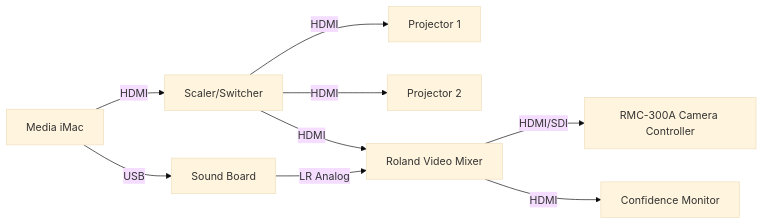
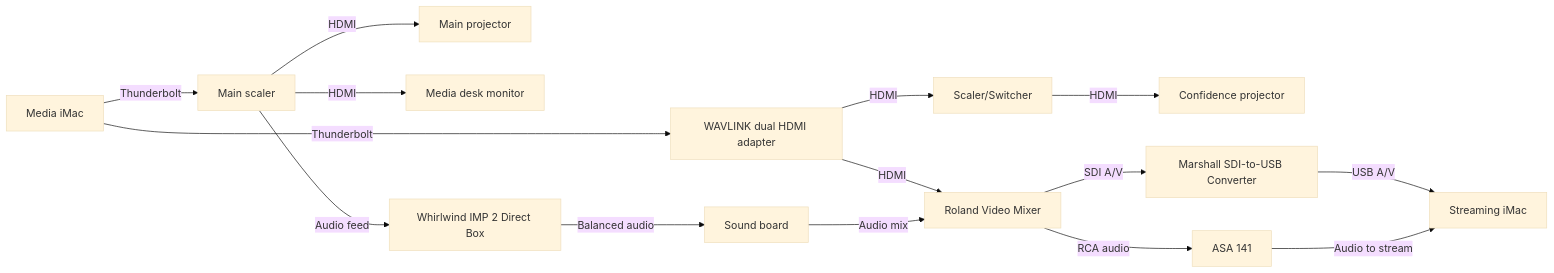
One commit to nmummau/mjmc-tech-docs changed the diagram in docs/big-picture.md. Above: the diagram before and after it, drawn with Mermaid (base theme). The commit also changed other lines of this file and 5 other files, not shown here.

Commit message:
docs: add combined media iMac A/V flowchart with mermaid support

````diff
--- a/docs/big-picture.md
+++ b/docs/big-picture.md
@@ -13,11 +15,18 @@
 ```mermaid
 flowchart LR
-    MI[Media iMac] -->|HDMI| SC[Scaler/Switcher]
-    SC -->|HDMI| PJ1[Projector 1]
-    SC -->|HDMI| PJ2[Projector 2]
-    SC -->|HDMI| RM[Roland Video Mixer]
-    RM -->|HDMI/SDI| RMC[RMC-300A Camera Controller]
-    RM -->|HDMI| CONF[Confidence Monitor]
-    MI -->|USB| SB[Sound Board]
-    SB -->|LR Analog| RM
+    MI[Media iMac]
+    MI -->|Thunderbolt| WL[WAVLINK dual HDMI adapter]
+    WL -->|HDMI| RM[Roland Video Mixer]
+    WL -->|HDMI| SC_CONF[Scaler/Switcher]
+    SC_CONF -->|HDMI| CONF[Confidence projector]
+    MI -->|Thunderbolt| SC_MAIN[Main scaler]
+    SC_MAIN -->|HDMI| PJ1[Main projector]
+    SC_MAIN -->|HDMI| DESK[Media desk monitor]
+    SC_MAIN -->|Audio feed| DI[Whirlwind IMP 2 Direct Box]
+    DI -->|Balanced audio| SB[Sound board]
+    SB -->|Audio mix| RM
+    RM -->|SDI A/V| SDIUSB[Marshall SDI-to-USB Converter]
+    SDIUSB -->|USB A/V| SIMAC[Streaming iMac]
+    RM -->|RCA audio| ASA141[ASA 141]
+    ASA141 -->|Audio to stream| SIMAC
 ```
````
